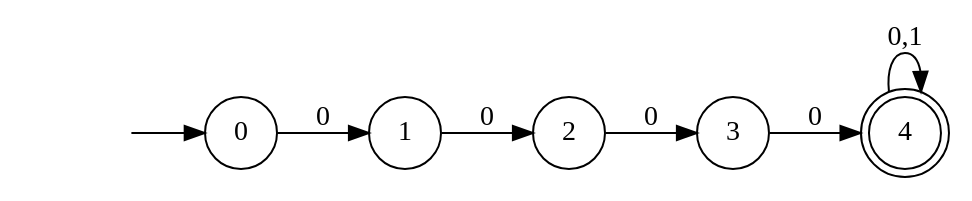
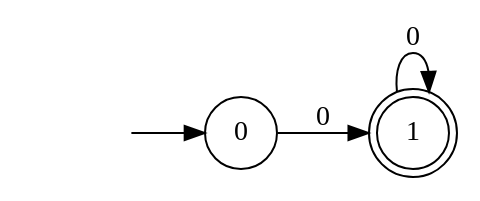
Before and after one commit to Umato/computer_practices: the diagram in NFA/NFA2.gv, drawn with Graphviz. The commit also changed 7 other files, not shown here.

```diff
--- a/NFA/NFA2.gv
+++ b/NFA/NFA2.gv
@@ -1,12 +1,9 @@
 digraph finite_state_machine{
 	rankdir=LR;
-	node [shape = doublecircle]; 4;
+	node [shape = doublecircle]; 1;
 	node [shape = circle];
 	init [shape=none, label=""];
 	init -> 0;
 	0 -> 1 [label = "0"];
-	1 -> 2 [label = "0"];
-	2 -> 3 [label = "0"];
-	3 -> 4 [label = "0"];
-	4 -> 4 [label = "0,1"];
+	1 -> 1 [label = "0"];
 }
```
